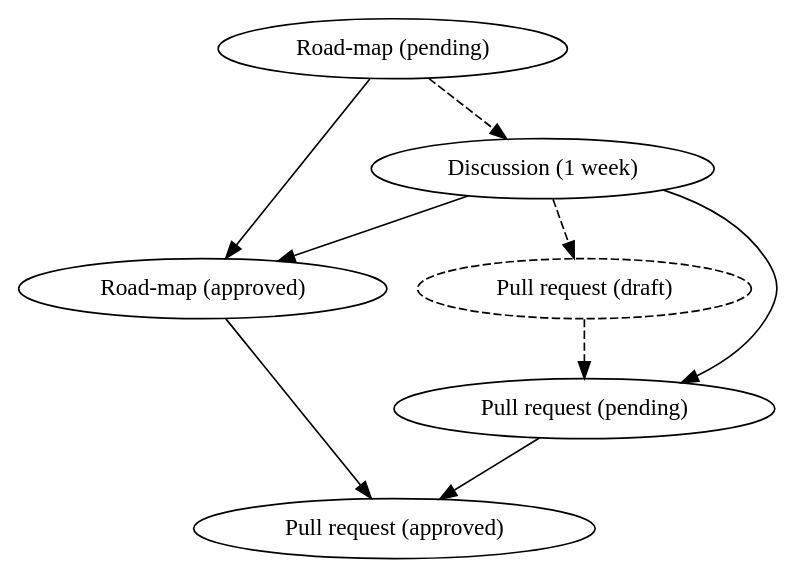
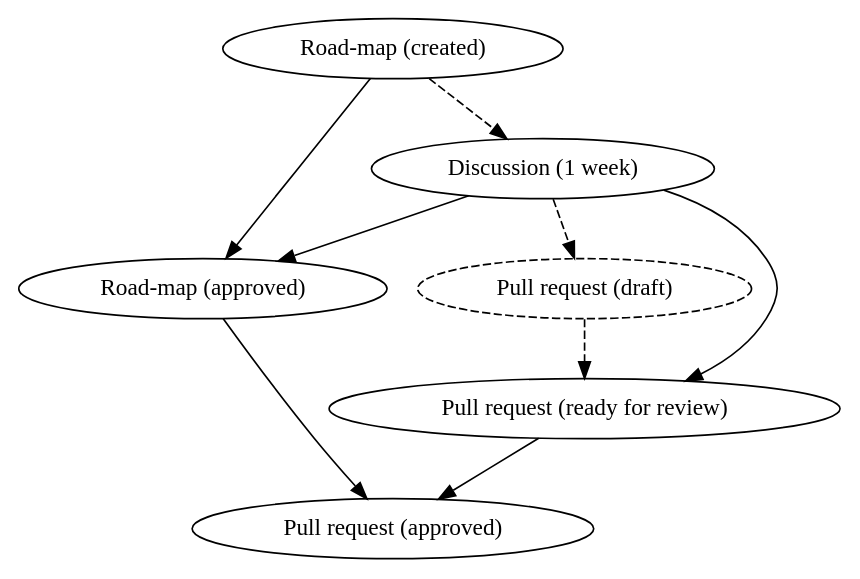
The diagram in Docs/Images/Feature process.dot (openrails/openrails), drawn with Graphviz before and after one commit. The commit also changed 2 other files, not shown here.

Commit message:
docs: Rename pull request state to match GitHub documentation

```diff
--- a/Docs/Images/Feature process.dot
+++ b/Docs/Images/Feature process.dot
@@ -1,11 +1,11 @@
 digraph {
-    roadmapPending [label="Road-map (pending)"]
+    roadmapCreated [label="Road-map (created)"]
     roadmapApproved [label="Road-map (approved)"]
     discussion [label="Discussion (1 week)"]
     prDraft [label="Pull request (draft)"] [style=dashed]
-    prPending [label="Pull request (pending)"]
+    prReadyForReview [label="Pull request (ready for review)"]
     prApproved [label="Pull request (approved)"]
-    roadmapPending -> roadmapApproved
-    discussion -> {roadmapApproved,prPending} -> prApproved
-    roadmapPending -> discussion -> prDraft -> prPending [style=dashed]
+    roadmapCreated -> roadmapApproved
+    discussion -> {roadmapApproved,prReadyForReview} -> prApproved
+    roadmapCreated -> discussion -> prDraft -> prReadyForReview [style=dashed]
 }
```
